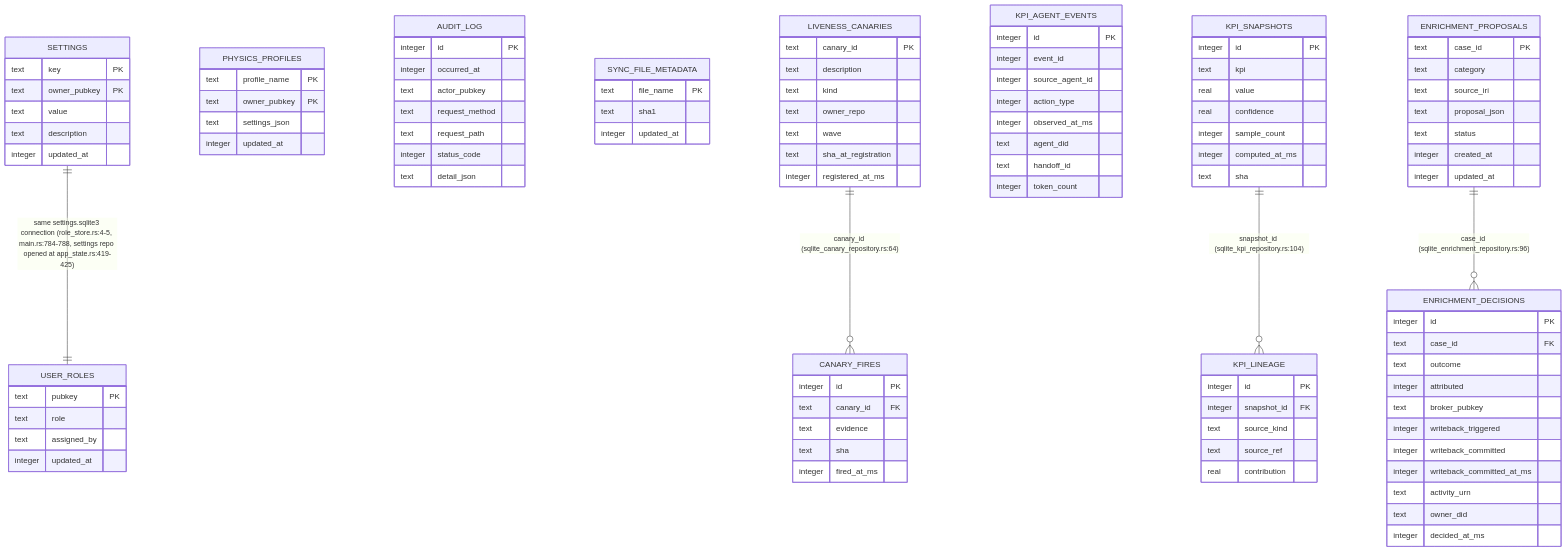
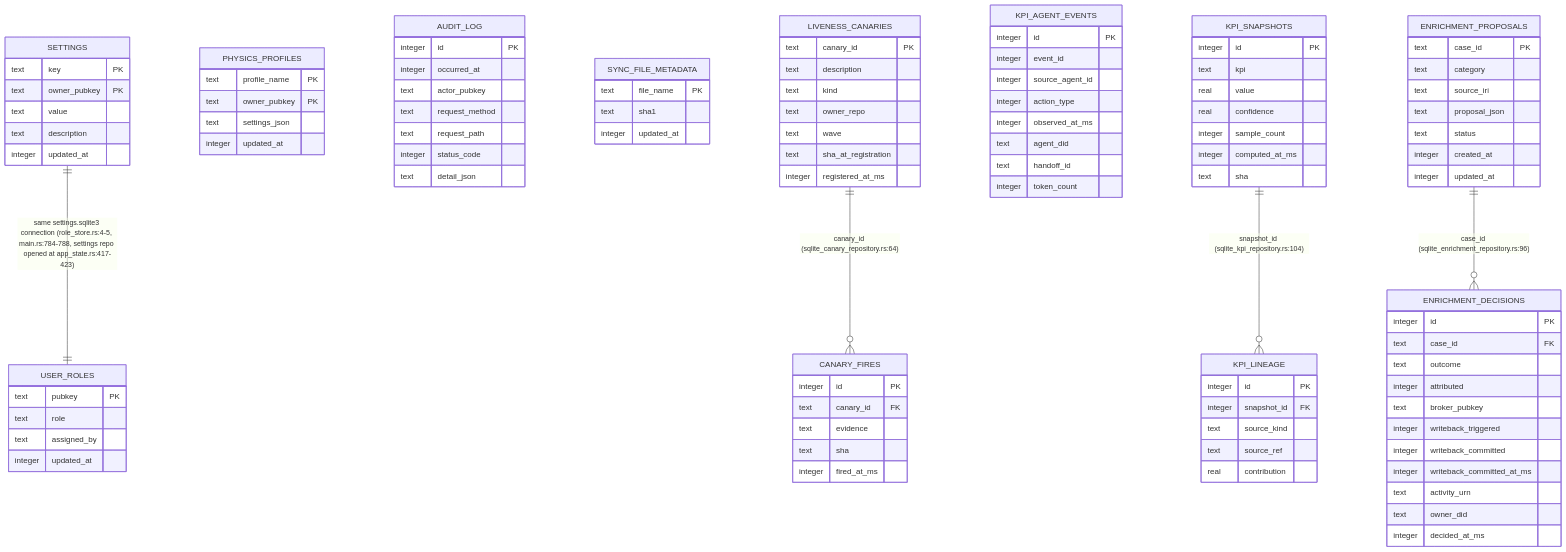
The second of 14 diagrams in docs/diagrams/visionclaw/22-data-authority-provenance-erasure.md (DreamLab-AI/VisionFlow), drawn with Mermaid before and after one commit. The commit also changed other lines of this file and 81 other files, not shown here.

First line of the commit message:
docs(diagrams): roll VisionClaw topics to main 010e1109b (PR 37 and 38 merged); fix remaining prose citations

````diff
--- a/docs/diagrams/visionclaw/22-data-authority-provenance-erasure.md
+++ b/docs/diagrams/visionclaw/22-data-authority-provenance-erasure.md
@@ -211,5 +211,5 @@
     ENRICHMENT_PROPOSALS ||--o{ ENRICHMENT_DECISIONS : "case_id (sqlite_enrichment_repository.rs:96)"
     LIVENESS_CANARIES ||--o{ CANARY_FIRES : "canary_id (sqlite_canary_repository.rs:64)"
     KPI_SNAPSHOTS ||--o{ KPI_LINEAGE : "snapshot_id (sqlite_kpi_repository.rs:104)"
-    SETTINGS ||--|| USER_ROLES : "same settings.sqlite3 connection (role_store.rs:4-5, main.rs:784-788, settings repo opened at app_state.rs:419-425)"
+    SETTINGS ||--|| USER_ROLES : "same settings.sqlite3 connection (role_store.rs:4-5, main.rs:784-788, settings repo opened at app_state.rs:417-423)"
 ```
````
